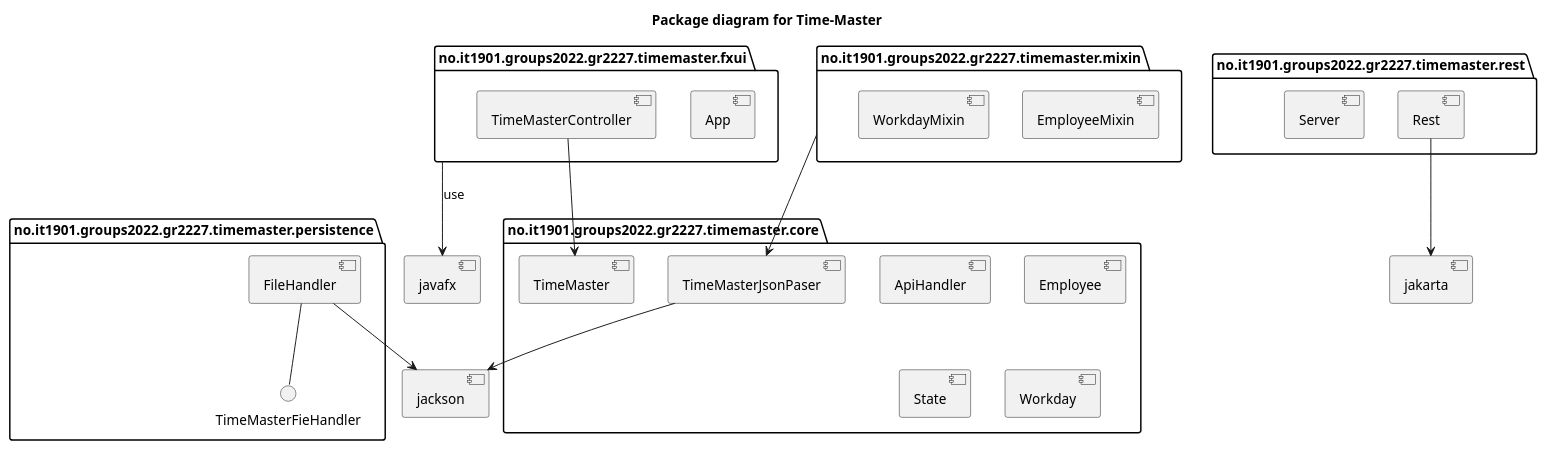
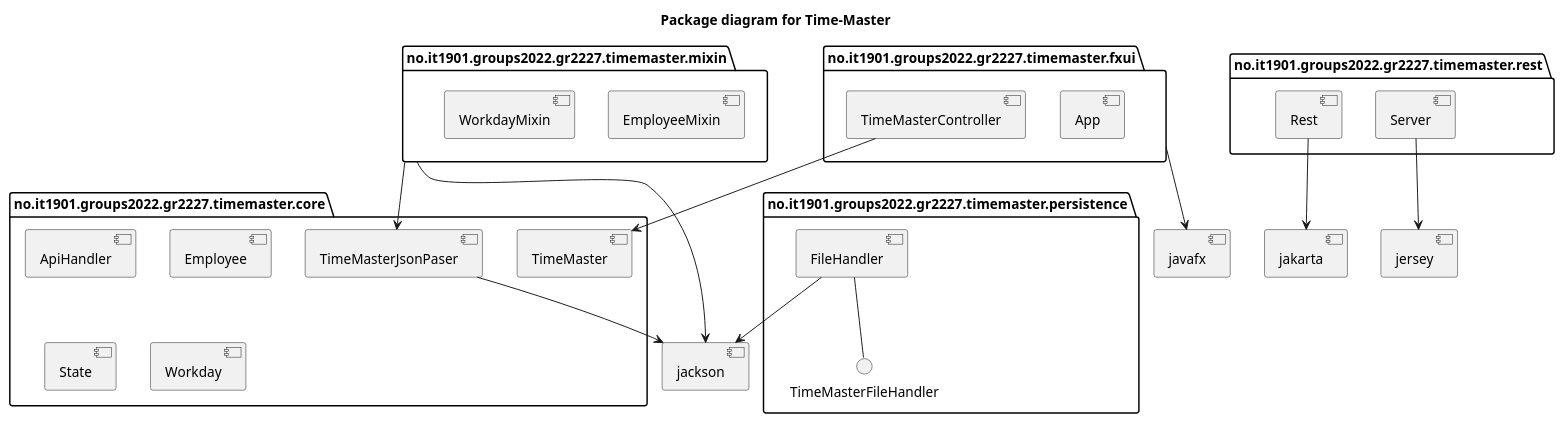
One commit to sleipner01/TimeMaster changed the diagram in docs/diagrams/packagediagram.plantuml. Above: the diagram before and after it, drawn with PlantUML.

Commit message:
Slight improvements

```diff
--- a/docs/diagrams/packagediagram.plantuml
+++ b/docs/diagrams/packagediagram.plantuml
@@ -1,46 +1,54 @@
 @startuml Time Master
 
 title Package diagram for Time-Master
 package "no.it1901.groups2022.gr2227.timemaster.core" as "core" {
   component ApiHandler
   component Employee
   component TimeMasterJsonPaser
   component State
   component TimeMaster
   component Workday
 }
 
 package "no.it1901.groups2022.gr2227.timemaster.fxui" as "fxui" {
   component App
   component TimeMasterController
 }
 
 package "no.it1901.groups2022.gr2227.timemaster.mixin" as "mixin" {
   component EmployeeMixin
   component WorkdayMixin
 }
 
 package "no.it1901.groups2022.gr2227.timemaster.persistence" as "pers" {
-  interface TimeMasterFieHandler as TFH
+  interface TimeMasterFileHandler as TFH
   component FileHandler
   FileHandler -- TFH
 }
 
 package "no.it1901.groups2022.gr2227.timemaster.rest" as "rest" {
   component Rest
   component Server
 }
 
+
 component javafx 
 component jakarta
 component jackson
+component jersey
 
-fxui --> javafx : "use"
+fxui --> javafx
 TimeMasterController --> TimeMaster
 Rest --> jakarta
 FileHandler --> jackson
 TimeMasterJsonPaser --> jackson
 mixin --> TimeMasterJsonPaser
+mixin --> jackson
+Server --> jersey
+
+
+
+
 
 
 @enduml
```
